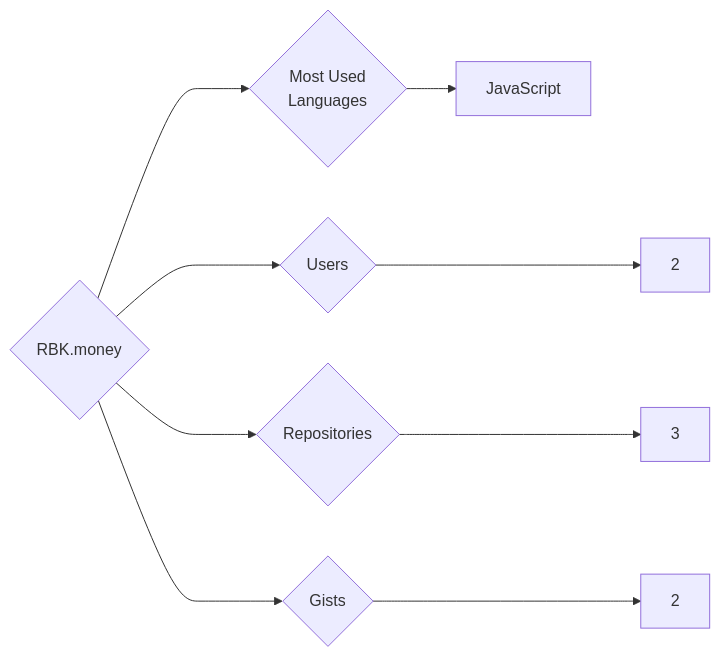
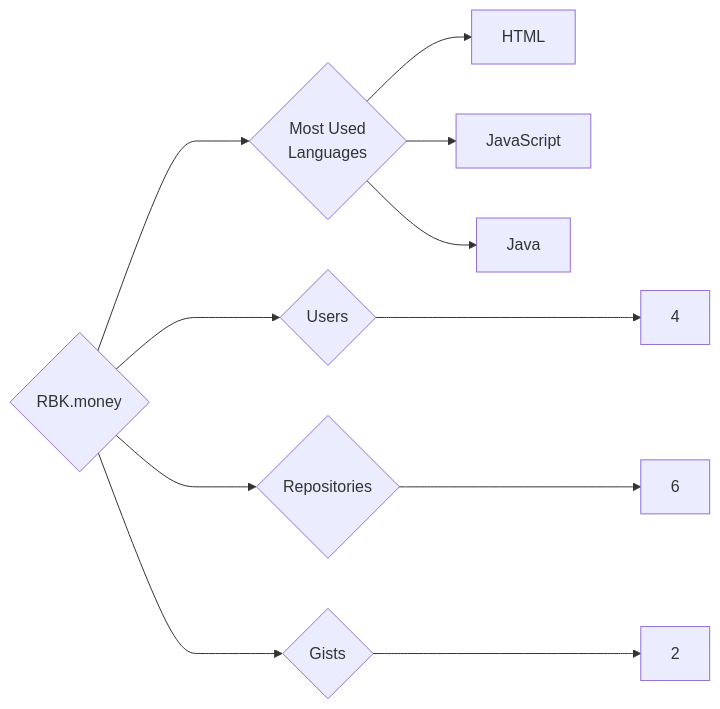
The diagram in targets/RBK.money/README.md (trickest/insiders), drawn with Mermaid before and after one commit. The commit also changed 695 other files, not shown here.

````diff
--- a/targets/RBK.money/README.md
+++ b/targets/RBK.money/README.md
@@ -3,9 +3,11 @@
 ```mermaid
 graph LR
 COMPANY_NAME{RBK.money}
-COMPANY_NAME ---> U{Users} ---> UN[2]
-COMPANY_NAME ---> R{Repositories} ---> RN[3]
+COMPANY_NAME ---> U{Users} ---> UN[4]
+COMPANY_NAME ---> R{Repositories} ---> RN[6]
 COMPANY_NAME ---> G{Gists} ---> GN[2]
 COMPANY_NAME ---> ML{Most Used<br>Languages}
+ML --> HTML[HTML]
 ML --> JavaScript[JavaScript]
+ML --> Java[Java]
 ```
````
